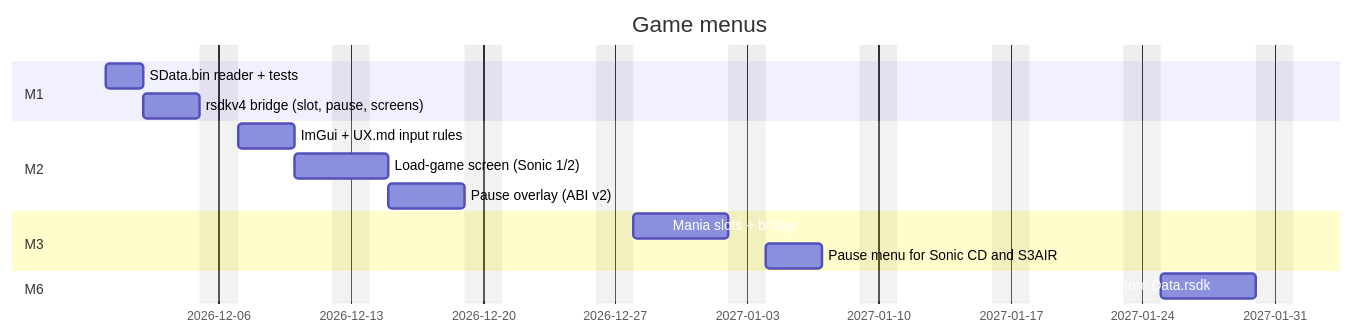
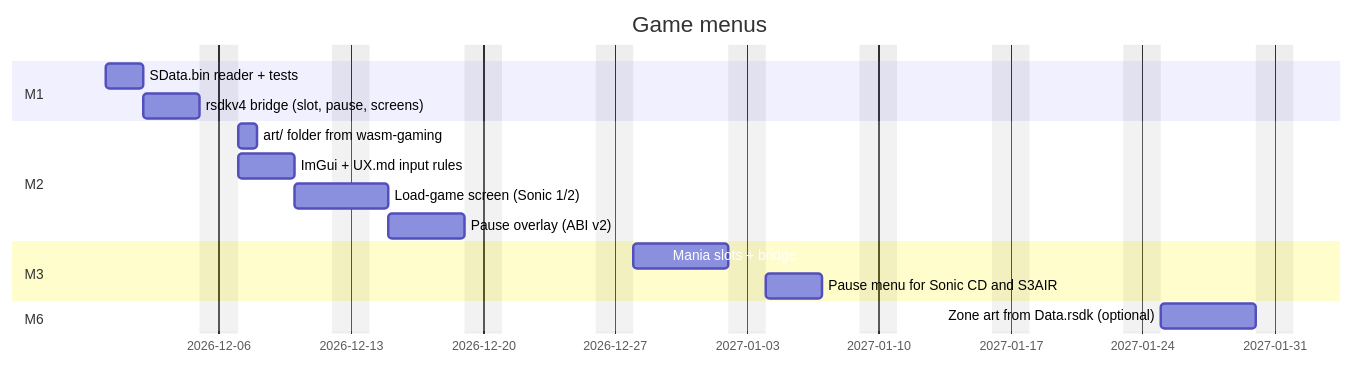
Before and after one commit to jgermade/rsdk-air: the diagram in ROADMAP/2026-11-20/game-menus.md, drawn with Mermaid. The commit also changed other lines of this file and 1 other file, not shown here.

First line of the commit message:
Decide to reuse wasm-gaming art in a separate art/ folder

````diff
--- a/ROADMAP/2026-11-20/game-menus.md
+++ b/ROADMAP/2026-11-20/game-menus.md
@@ -106,18 +105,19 @@
 ```mermaid
 gantt
     title Game menus
     dateFormat YYYY-MM-DD
     excludes weekends
     section M1
     SData.bin reader + tests            :g1, 2026-11-30, 2d
     rsdkv4 bridge (slot, pause, screens) :g2, after g1, 3d
     section M2
+    art/ folder from wasm-gaming        :g0, after g2, 1d
     ImGui + UX.md input rules           :g3, after g2, 3d
     Load-game screen (Sonic 1/2)        :g4, after g3, 3d
     Pause overlay (ABI v2)              :g5, after g4, 4d
     section M3
     Mania slots + bridge                :g6, 2026-12-28, 5d
     Pause menu for Sonic CD and S3AIR   :g7, after g6, 3d
     section M6
-    Art from Data.rsdk                  :g8, 2027-01-25, 5d
+    Zone art from Data.rsdk (optional)  :g8, 2027-01-25, 5d
 ```
````
